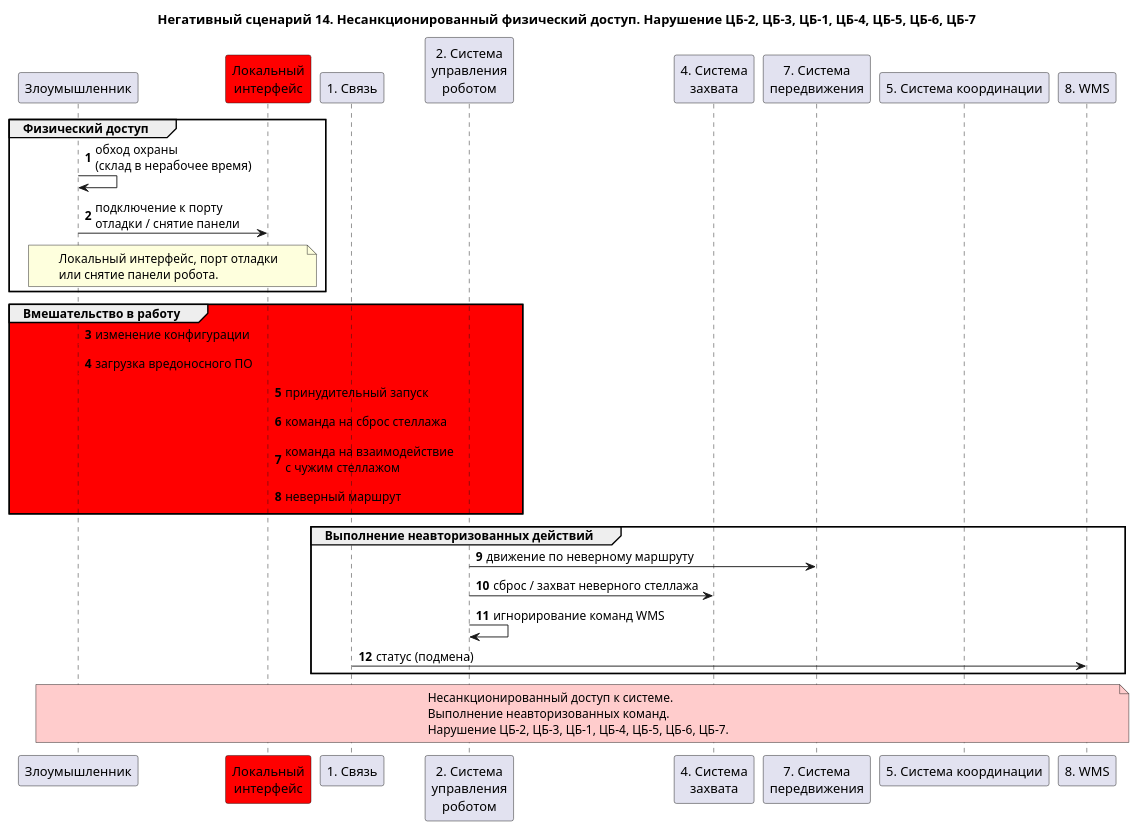
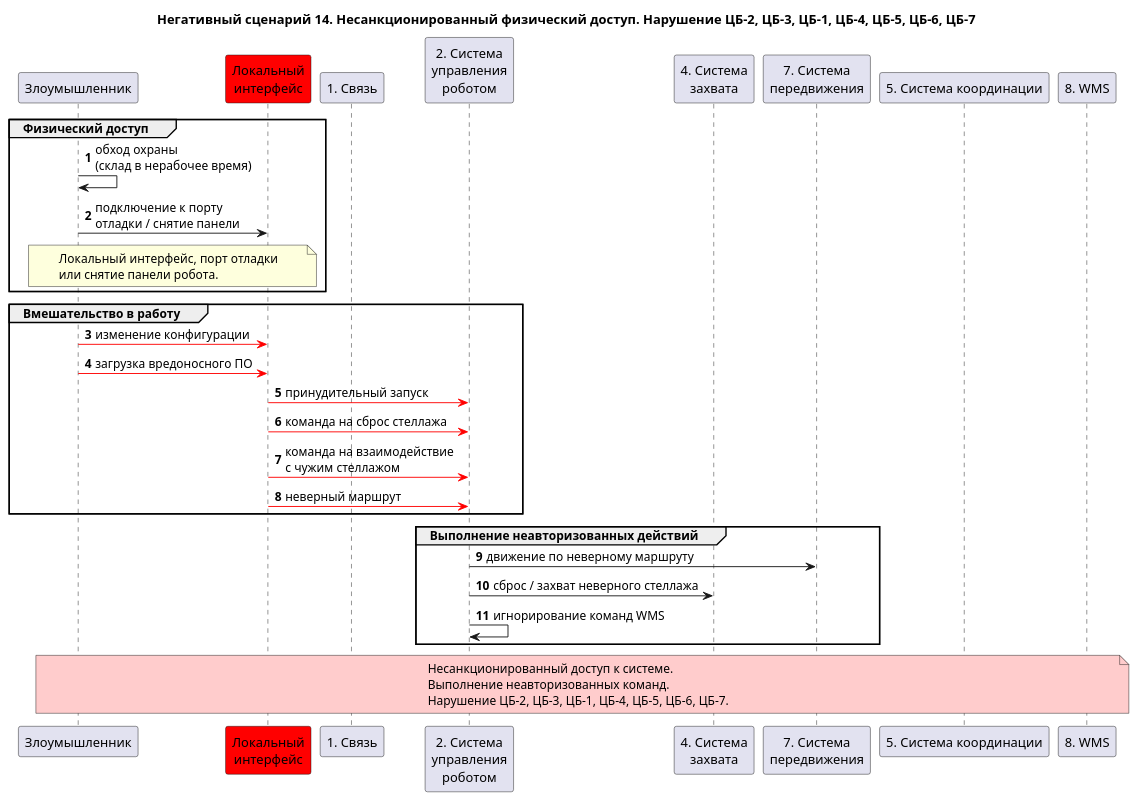
The diagram in CourseWork/Description/ns/ns-14.puml (BoykovArtur/ProgrammingMethods), drawn with PlantUML before and after one commit.

```diff
--- a/CourseWork/Description/ns/ns-14.puml
+++ b/CourseWork/Description/ns/ns-14.puml
@@ -1,45 +1,43 @@
 @startuml
 title "Негативный сценарий 14. Несанкционированный физический доступ. Нарушение ЦБ-2, ЦБ-3, ЦБ-1, ЦБ-4, ЦБ-5, ЦБ-6, ЦБ-7"
 
 autonumber
 participant "Злоумышленник" as attacker
 participant "Локальный\nинтерфейс" as local #red
 participant "1. Связь" as conn
 participant "2. Система\nуправления\nроботом" as ctrl
 participant "4. Система\nзахвата" as grip
 participant "7. Система\nпередвижения" as move
 participant "5. Система координации" as qr
 participant "8. WMS" as wms
 
 group Физический доступ
 attacker -> attacker: обход охраны\n(склад в нерабочее время)
 attacker -> local: подключение к порту\nотладки / снятие панели
 note over attacker, local
   Локальный интерфейс, порт отладки
   или снятие панели робота.
 end note
 end
 
-group #red Вмешательство в работу
+group Вмешательство в работу
 attacker -[#red]> local: изменение конфигурации
 attacker -[#red]> local: загрузка вредоносного ПО
 local -[#red]> ctrl: принудительный запуск
 local -[#red]> ctrl: команда на сброс стеллажа
 local -[#red]> ctrl: команда на взаимодействие\nс чужим стеллажом
 local -[#red]> ctrl: неверный маршрут
 end
 
 group Выполнение неавторизованных действий
 ctrl -> move: движение по неверному маршруту
 ctrl -> grip: сброс / захват неверного стеллажа
 ctrl -> ctrl: игнорирование команд WMS
-conn -> wms: статус (подмена)
 end
 
 note over attacker, wms #FFCCCC
   Несанкционированный доступ к системе.
   Выполнение неавторизованных команд.
   Нарушение ЦБ-2, ЦБ-3, ЦБ-1, ЦБ-4, ЦБ-5, ЦБ-6, ЦБ-7.
 end note
-
 @enduml
```
